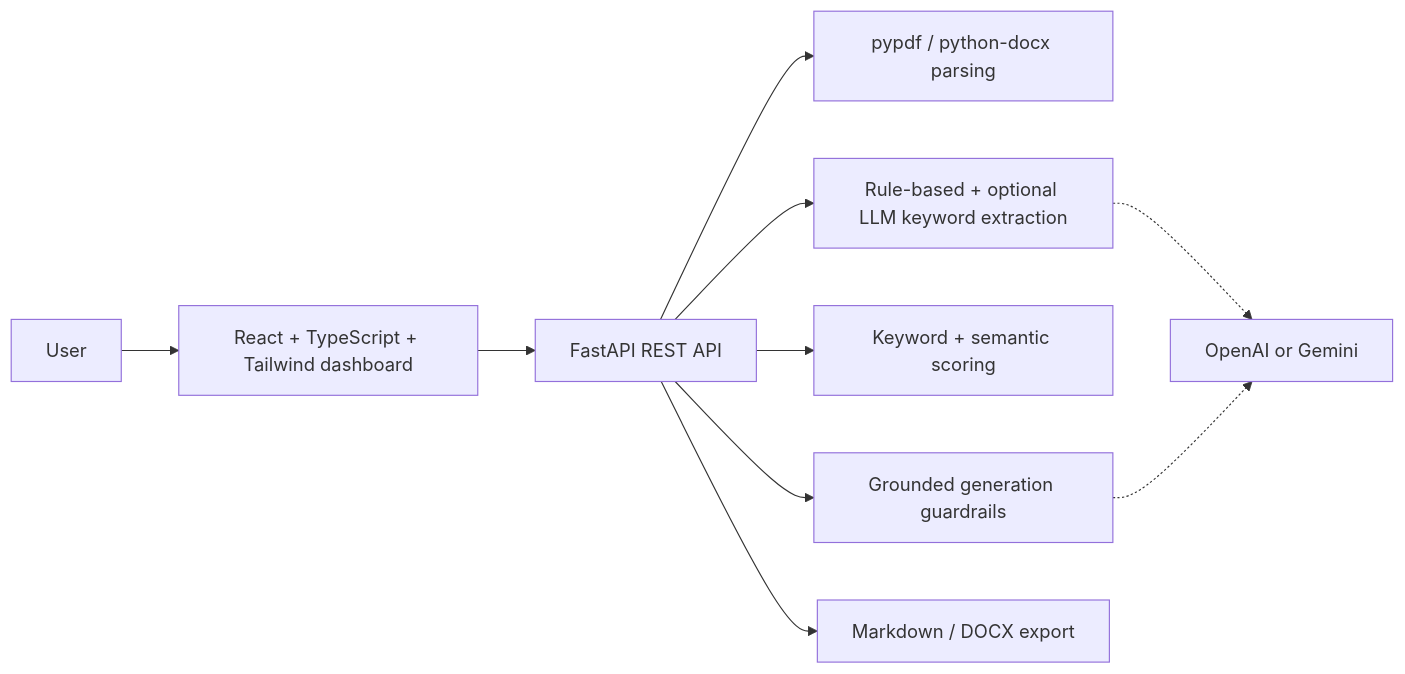
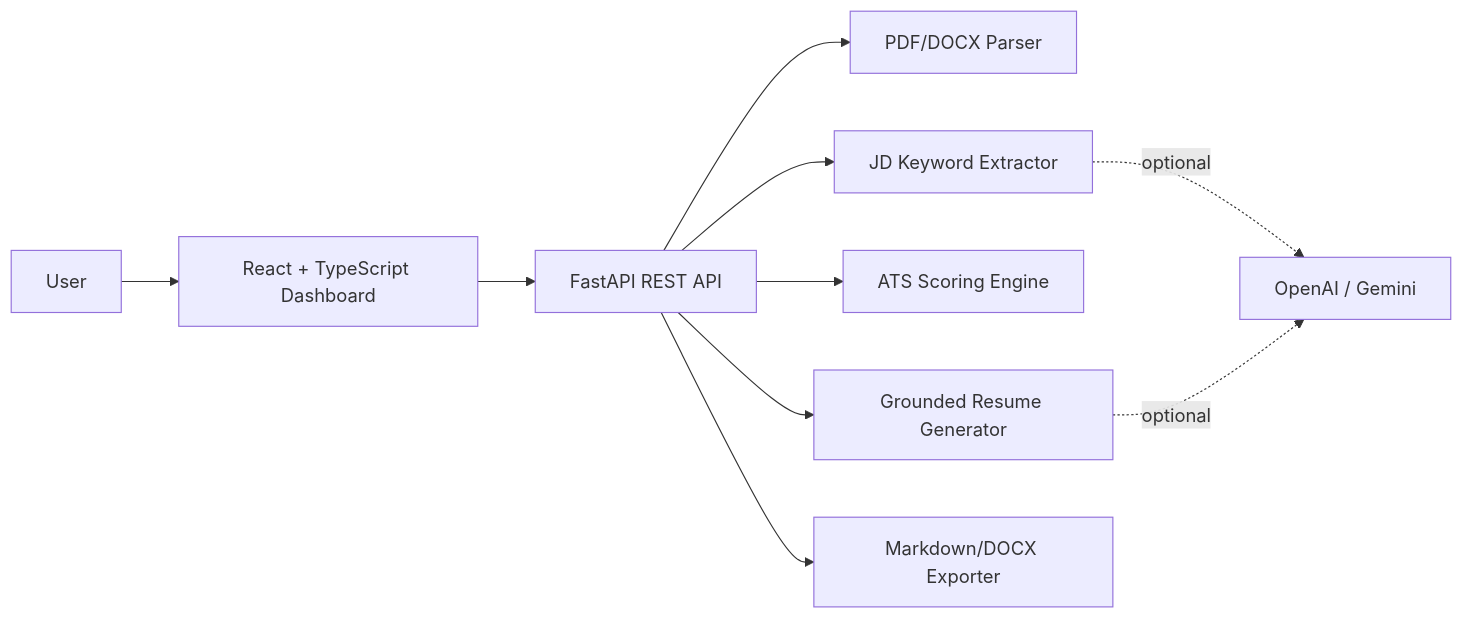
The diagram in README.md (Kidder0/ATS-Score-OF-Resume), drawn with Mermaid before and after one commit. The commit also changed other lines of this file, not shown here.

````diff
--- a/README.md
+++ b/README.md
@@ -38,12 +61,12 @@
 ```mermaid
 flowchart LR
-  U["User"] --> F["React + TypeScript + Tailwind dashboard"]
+  U["User"] --> F["React + TypeScript Dashboard"]
   F --> API["FastAPI REST API"]
-  API --> P["pypdf / python-docx parsing"]
-  API --> K["Rule-based + optional LLM keyword extraction"]
-  API --> S["Keyword + semantic scoring"]
-  API --> G["Grounded generation guardrails"]
-  API --> E["Markdown / DOCX export"]
-  K -.-> L["OpenAI or Gemini"]
-  G -.-> L
+  API --> P["PDF/DOCX Parser"]
+  API --> K["JD Keyword Extractor"]
+  API --> S["ATS Scoring Engine"]
+  API --> G["Grounded Resume Generator"]
+  API --> E["Markdown/DOCX Exporter"]
+  K -. optional .-> L["OpenAI / Gemini"]
+  G -. optional .-> L
 ```
````
